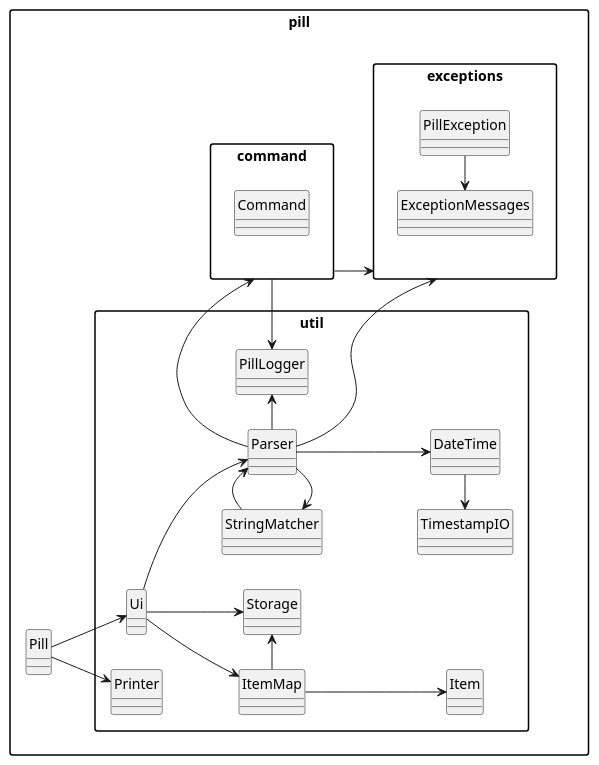
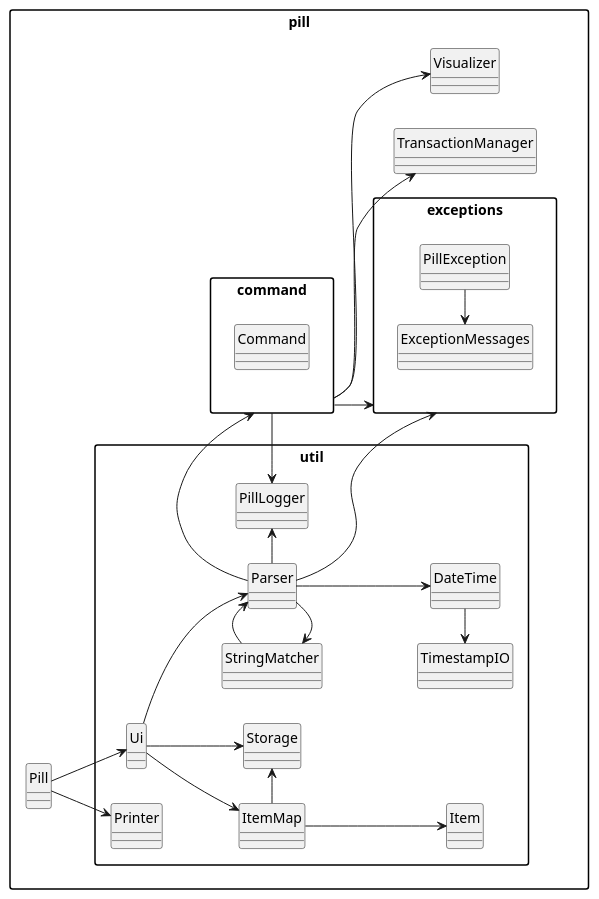
The diagram in docs/diagrams/High-Level-Overview.puml (yijiano/tp), drawn with PlantUML before and after one commit. The commit also changed 3 other files, not shown here.

```diff
--- a/docs/diagrams/High-Level-Overview.puml
+++ b/docs/diagrams/High-Level-Overview.puml
@@ -2,62 +2,65 @@
 @startuml
 
 hide circle
 skinparam packageStyle rectangle
 
 left to right direction
 
 package "pill" {
     class Pill
 
     package "util" {
         class Ui
         class Parser
         class StringMatcher
         class Printer
         class Storage
         class ItemMap
         class Item
         class DateTime
         class PillLogger
         class TimestampIO
     }
 
     package exceptions {
         class PillException
         class ExceptionMessages
     }
     package command {
         class Command
     }
 
 
 
     Pill --> Ui
     Pill --> Printer
 
 
     Ui --> Parser
     Ui --> ItemMap
     Ui --> Storage
     ItemMap --> Item
 
 
     Parser --> command
     Parser -up> StringMatcher
     Parser --> DateTime
     DateTime -up> TimestampIO
     StringMatcher -> Parser
     Parser -> PillLogger
     command --> exceptions
     command -> PillLogger
     Parser --> exceptions
 
+    command --> TransactionManager
+    command --> Visualizer
+
     ItemMap -> Storage
 
     PillException -left> ExceptionMessages
 
 }
 
 
 
 @enduml
```
